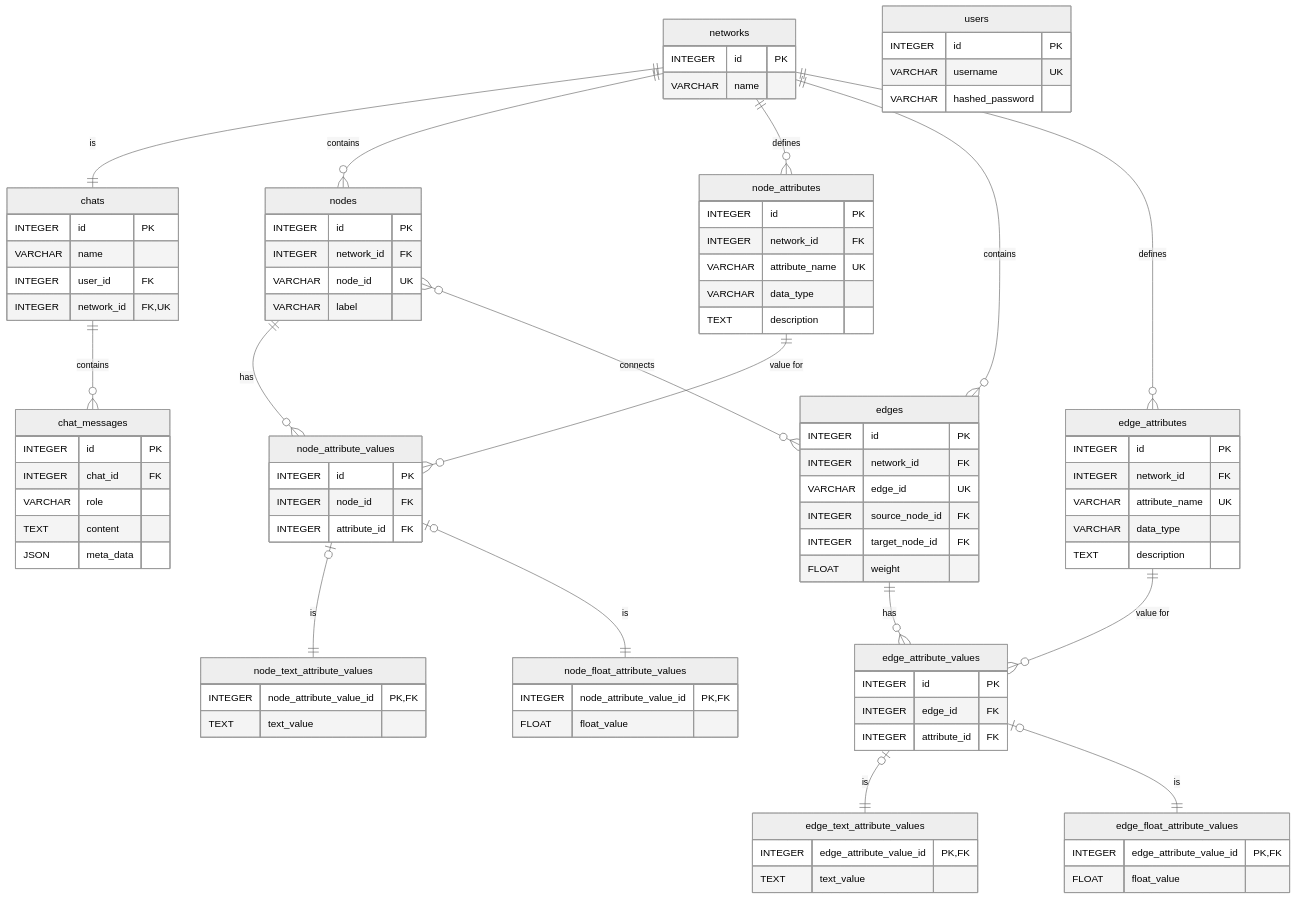
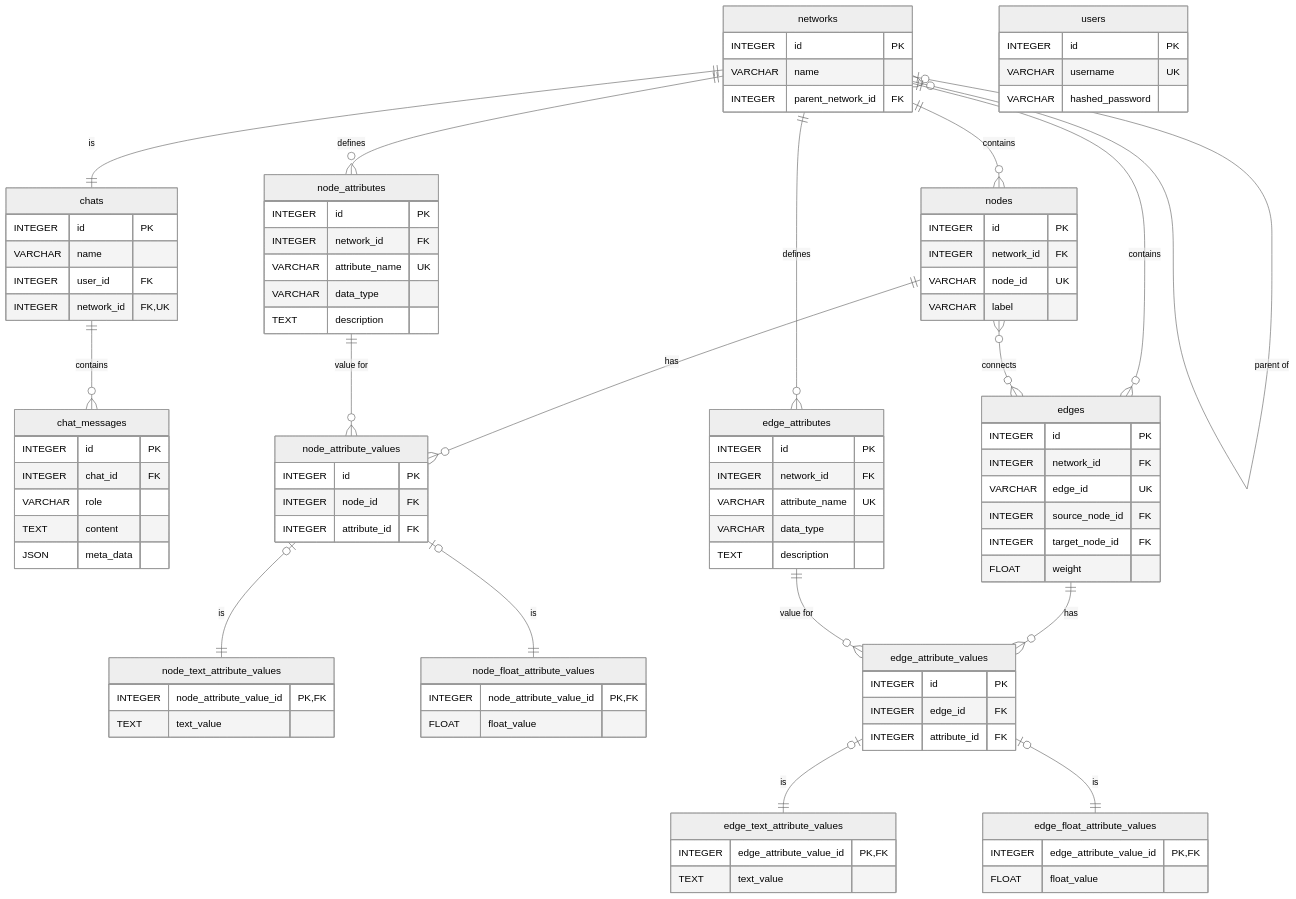
The diagram in specification/2_Technical_Details/4_Database.md (vdslab/LLMGraphvis), drawn with Mermaid (neutral theme) before and after one commit. The commit also changed other lines of this file and 12 other files, not shown here.

Commit message:
feat: Implement subgraph creation and visualization with parent network tracking and access control.

````diff
--- a/specification/2_Technical_Details/4_Database.md
+++ b/specification/2_Technical_Details/4_Database.md
@@ -36,6 +36,7 @@
 ```mermaid
 erDiagram
     networks ||--|| chats : "is"
+    networks |o--o{ networks : "parent of"
     chats ||--o{ chat_messages : "contains"
 
     networks ||--o{ nodes : "contains"
@@ -78,6 +79,7 @@
     networks {
         INTEGER id PK
         VARCHAR name
+        INTEGER parent_network_id FK
     }
     nodes {
         INTEGER id PK
````
